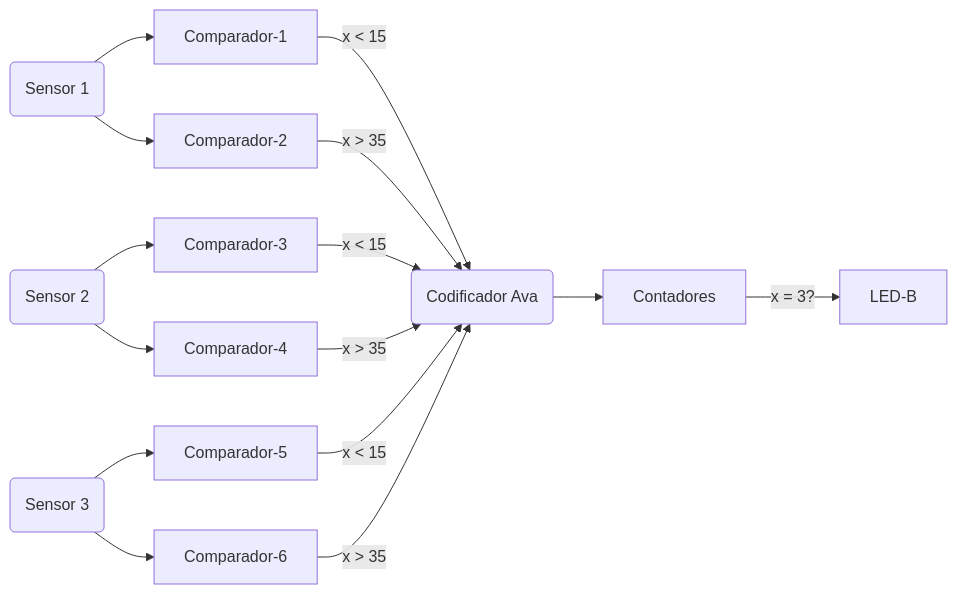
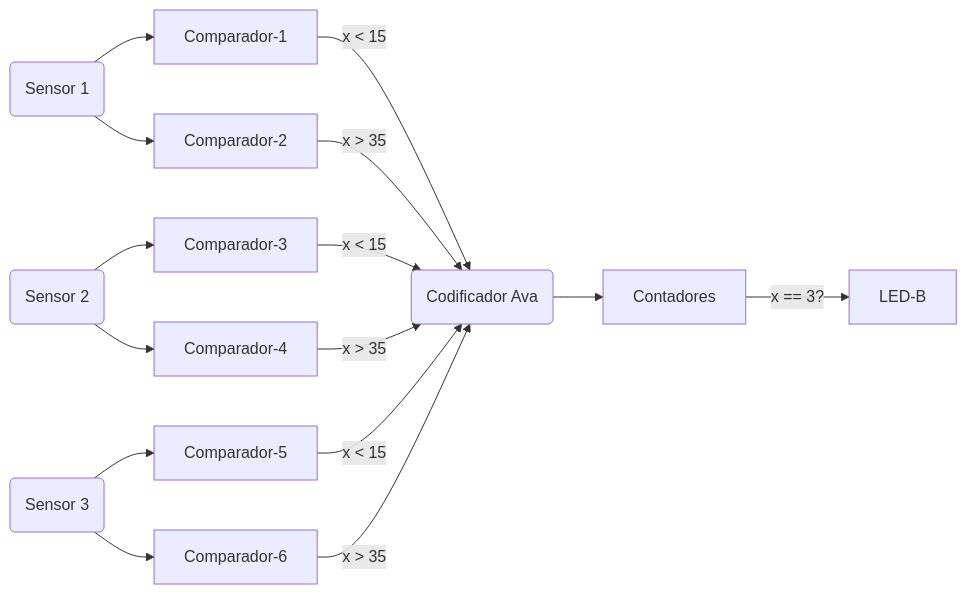
Before and after one commit to Enzo0100/Solar-Quality: the third of 3 diagrams in README.md, drawn with Mermaid.

````diff
--- a/README.md
+++ b/README.md
@@ -171,18 +171,18 @@
 ```mermaid
 graph LR; 
 sensorA(Sensor 1)-->Comparador-1
 sensorA(Sensor 1)-->Comparador-2
 Comparador-1-->|x < 15|cod(Codificador Ava)
 Comparador-2-->|x > 35|cod(Codificador Ava)
 sensorB(Sensor 2)-->Comparador-3
 sensorB(Sensor 2)-->Comparador-4
 Comparador-3-->|x < 15|cod(Codificador Ava)
 Comparador-4-->|x > 35|cod(Codificador Ava)
 sensorC(Sensor 3)-->Comparador-5
 sensorC(Sensor 3)-->Comparador-6
 Comparador-5-->|x < 15|cod(Codificador Ava)
 Comparador-6-->|x > 35|cod(Codificador Ava)
 cod(Codificador Ava) --> Contadores
-Contadores -->|x = 3?|LED-B
+Contadores -->|x == 3?|LED-B
 
 ```
````
